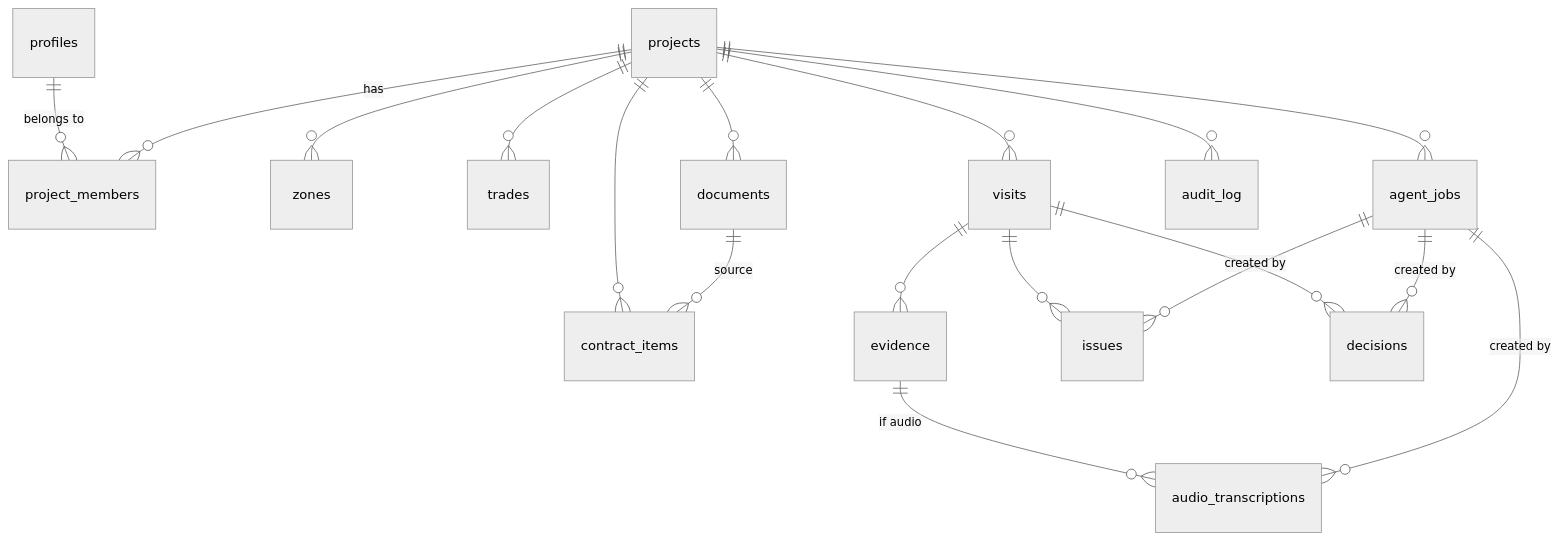
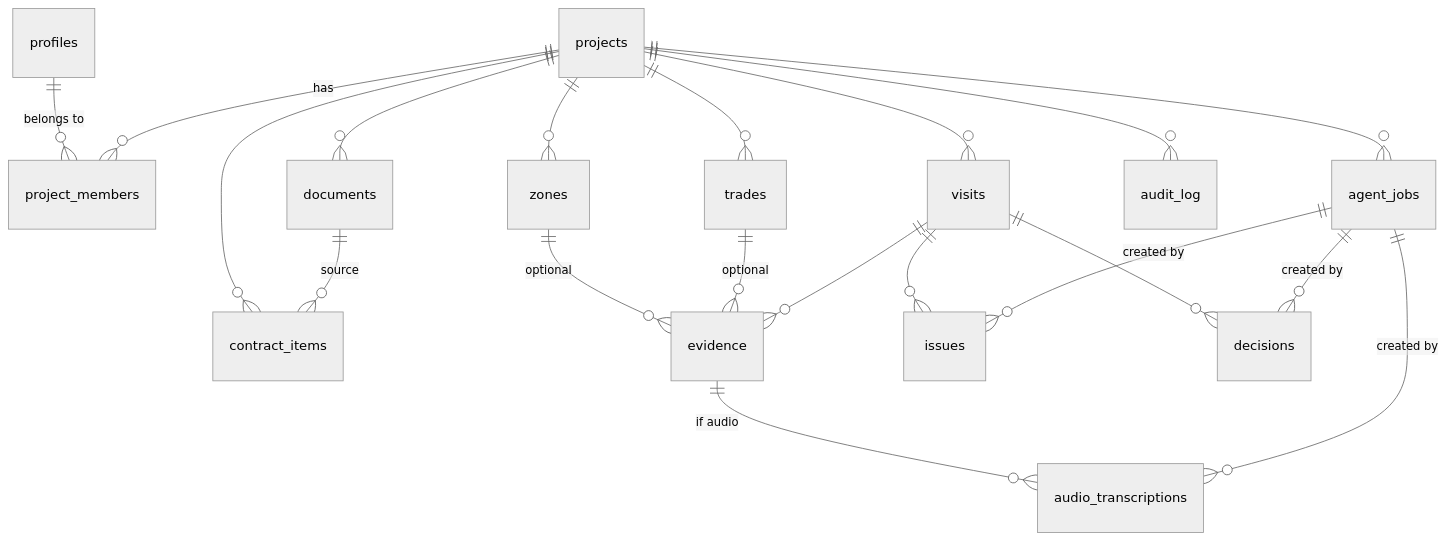
The diagram in docs/en/02-data-model.md (SergiAOVE/reforma-agent), drawn with Mermaid (neutral theme) before and after one commit. The commit also changed other lines of this file and 16 other files, not shown here.

````diff
--- a/docs/en/02-data-model.md
+++ b/docs/en/02-data-model.md
@@ -49,20 +49,22 @@
 ```mermaid
 erDiagram
     profiles ||--o{ project_members : "belongs to"
     projects ||--o{ project_members : "has"
     projects ||--o{ zones : ""
     projects ||--o{ trades : ""
     projects ||--o{ visits : ""
     projects ||--o{ documents : ""
     projects ||--o{ contract_items : ""
     projects ||--o{ agent_jobs : ""
     projects ||--o{ audit_log : ""
+    zones ||--o{ evidence : "optional"
+    trades ||--o{ evidence : "optional"
     visits ||--o{ evidence : ""
     evidence ||--o{ audio_transcriptions : "if audio"
     visits ||--o{ issues : ""
     visits ||--o{ decisions : ""
     documents ||--o{ contract_items : "source"
     agent_jobs ||--o{ audio_transcriptions : "created by"
     agent_jobs ||--o{ issues : "created by"
     agent_jobs ||--o{ decisions : "created by"
 ```
````
